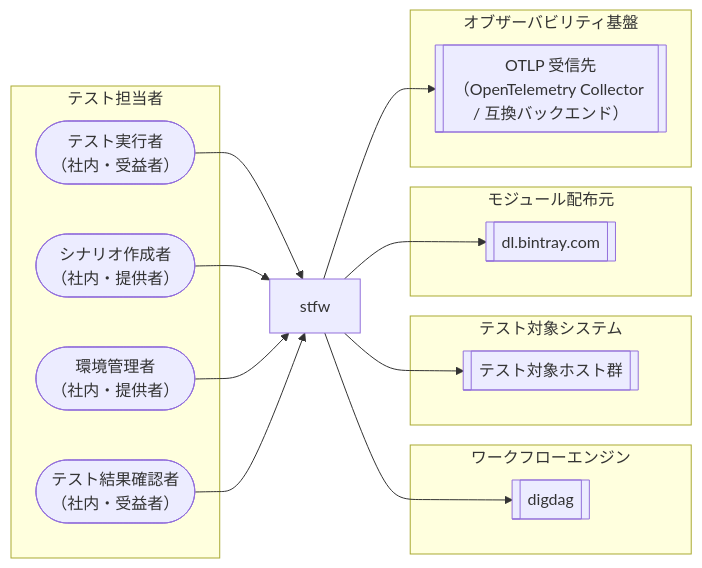
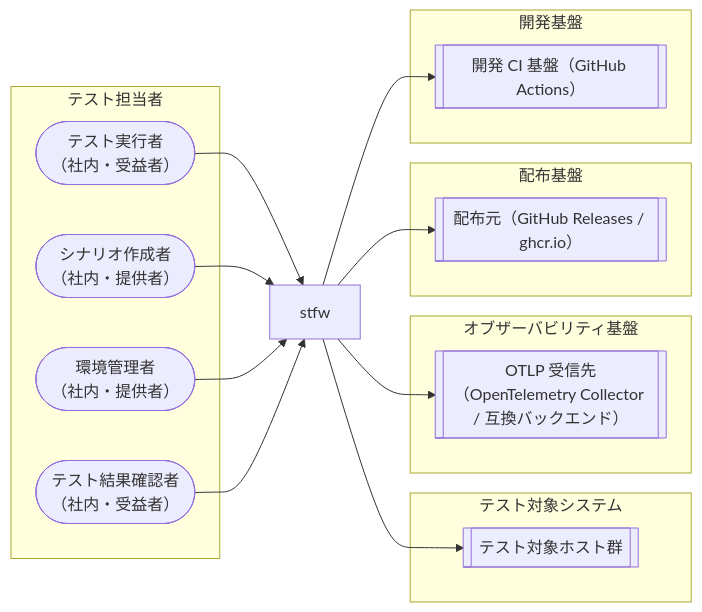
Before and after one commit to scenario-test-framework/stfw: the diagram in docs/rdra/latest/views/01_システムコンテキスト.md, drawn with Mermaid. The commit also changed other lines of this file and 22 other files, not shown here.

First line of the commit message:
docs(requirements): v1.0 リアーキテクティングを USDM/RDRA に反映 (event: 20260708_084933_v1_rearchitecting)

````diff
--- a/docs/rdra/latest/views/01_システムコンテキスト.md
+++ b/docs/rdra/latest/views/01_システムコンテキスト.md
@@ -7,30 +7,30 @@
 ```mermaid
 graph LR
   subgraph AG1["テスト担当者"]
     AC1(["テスト実行者<br/>（社内・受益者）"])
     AC2(["シナリオ作成者<br/>（社内・提供者）"])
     AC3(["環境管理者<br/>（社内・提供者）"])
     AC4(["テスト結果確認者<br/>（社内・受益者）"])
   end
   SYS["stfw"]
-  subgraph EG1["ワークフローエンジン"]
-    EX1[["digdag"]]
+  subgraph EG1["テスト対象システム"]
+    EX1[["テスト対象ホスト群"]]
   end
-  subgraph EG2["テスト対象システム"]
-    EX2[["テスト対象ホスト群"]]
+  subgraph EG2["オブザーバビリティ基盤"]
+    EX2[["OTLP 受信先（OpenTelemetry Collector / 互換バックエンド）"]]
   end
-  subgraph EG3["モジュール配布元"]
-    EX3[["dl.bintray.com"]]
+  subgraph EG3["配布基盤"]
+    EX3[["配布元（GitHub Releases / ghcr.io）"]]
   end
-  subgraph EG4["オブザーバビリティ基盤"]
-    EX4[["OTLP 受信先（OpenTelemetry Collector / 互換バックエンド）"]]
+  subgraph EG4["開発基盤"]
+    EX4[["開発 CI 基盤（GitHub Actions）"]]
   end
   AC1 --> SYS
   AC2 --> SYS
   AC3 --> SYS
   AC4 --> SYS
   SYS --> EX1
   SYS --> EX2
   SYS --> EX3
   SYS --> EX4
 ```
````
